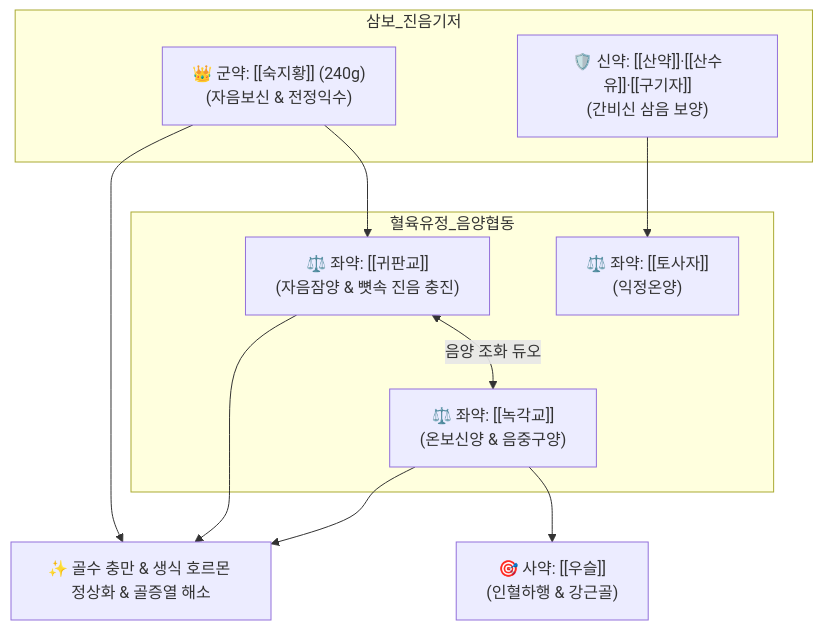
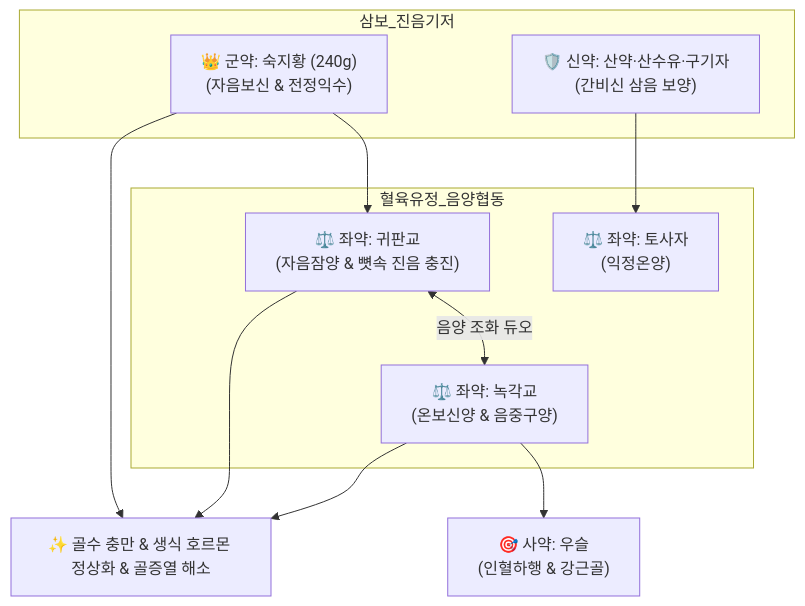
One commit to simbio11/simbio-digital-garden2 changed the diagram in content/2. 약리 공부/처방/02_보익제/좌귀환.md. Above: the diagram before and after it, drawn with Mermaid. The commit also changed other lines of this file and 323 other files, not shown here.

````diff
--- a/content/2. 약리 공부/처방/02_보익제/좌귀환.md
+++ b/content/2. 약리 공부/처방/02_보익제/좌귀환.md
@@ -48,18 +50,18 @@
 ```mermaid
 graph TD
     subgraph 삼보_진음기저
-        SJH["👑 군약: [[숙지황]] (240g)<br>(자음보신 & 전정익수)"]
-        SY["🛡️ 신약: [[산약]]·[[산수유]]·[[구기자]]<br>(간비신 삼음 보양)"]
+        SJH["👑 군약: 숙지황 (240g)<br>(자음보신 & 전정익수)"]
+        SY["🛡️ 신약: 산약·산수유·구기자<br>(간비신 삼음 보양)"]
     end
     subgraph 혈육유정_음양협동
-        GP["⚖️ 좌약: [[귀판교]]<br>(자음잠양 & 뼛속 진음 충진)"]
-        NG["⚖️ 좌약: [[녹각교]]<br>(온보신양 & 음중구양)"]
-        TS["⚖️ 좌약: [[토사자]]<br>(익정온양)"]
+        GP["⚖️ 좌약: 귀판교<br>(자음잠양 & 뼛속 진음 충진)"]
+        NG["⚖️ 좌약: 녹각교<br>(온보신양 & 음중구양)"]
+        TS["⚖️ 좌약: 토사자<br>(익정온양)"]
     end
-    WS["🎯 사약: [[우슬]]<br>(인혈하행 & 강근골)"]
+    WS["🎯 사약: 우슬<br>(인혈하행 & 강근골)"]
     SJH --> GP
     GP <-->|음양 조화 듀오| NG
     SY --> TS
     NG --> WS
     GP & NG & SJH --> Outcome["✨ 골수 충만 & 생식 호르몬 정상화 & 골증열 해소"]
 ```
````
